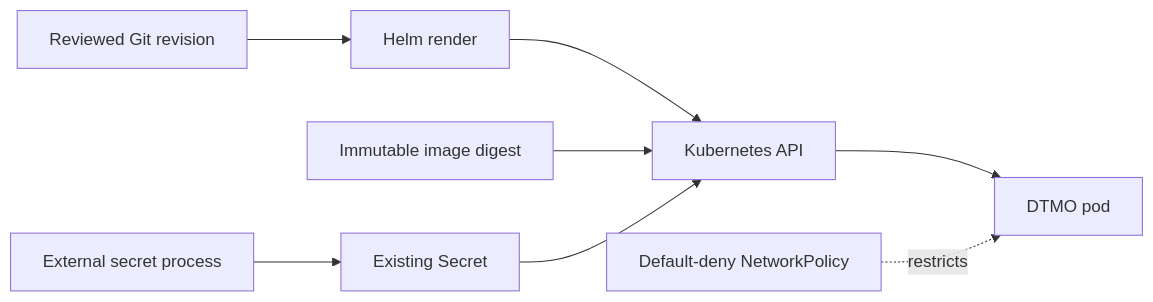
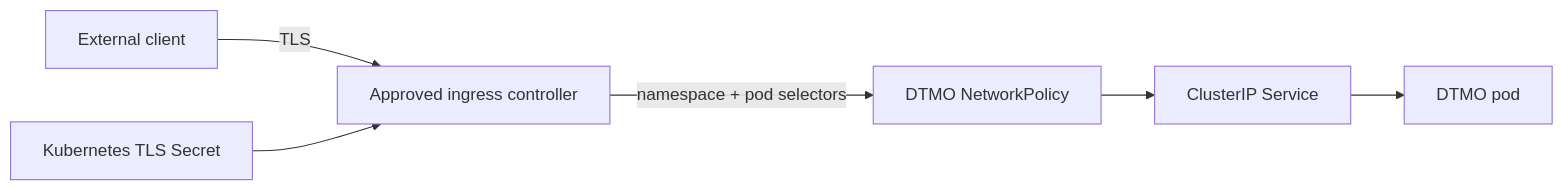
The diagram in docs/project/PRODUCTION_READINESS_REPORT.md (GJvManen/dtmo), drawn with Mermaid before and after one commit. The commit also changed other lines of this file, not shown here.

````diff
--- a/docs/project/PRODUCTION_READINESS_REPORT.md
+++ b/docs/project/PRODUCTION_READINESS_REPORT.md
@@ -46,10 +46,8 @@
 ```mermaid
 flowchart LR
-    G[Reviewed Git revision] --> H[Helm render]
-    H --> K[Kubernetes API]
-    I[Immutable image digest] --> K
-    S[External secret process] --> X[Existing Secret]
-    X --> K
-    K --> P[DTMO pod]
-    N[Default-deny NetworkPolicy] -. restricts .-> P
+    C[External client] -->|TLS| I[Approved ingress controller]
+    T[Kubernetes TLS Secret] --> I
+    I -->|namespace + pod selectors| N[DTMO NetworkPolicy]
+    N --> S[ClusterIP Service]
+    S --> P[DTMO pod]
 ```
````
